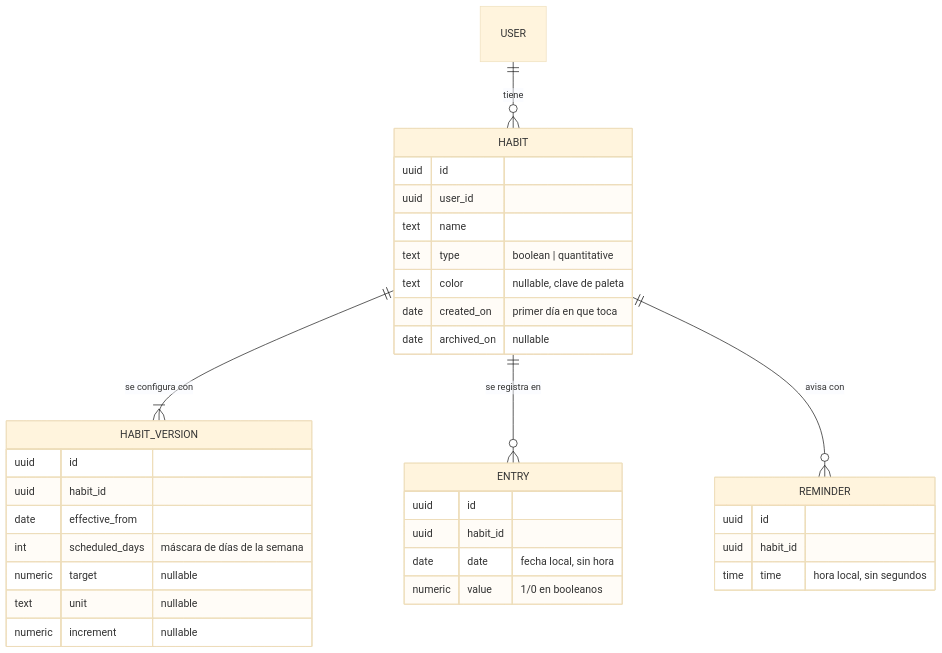
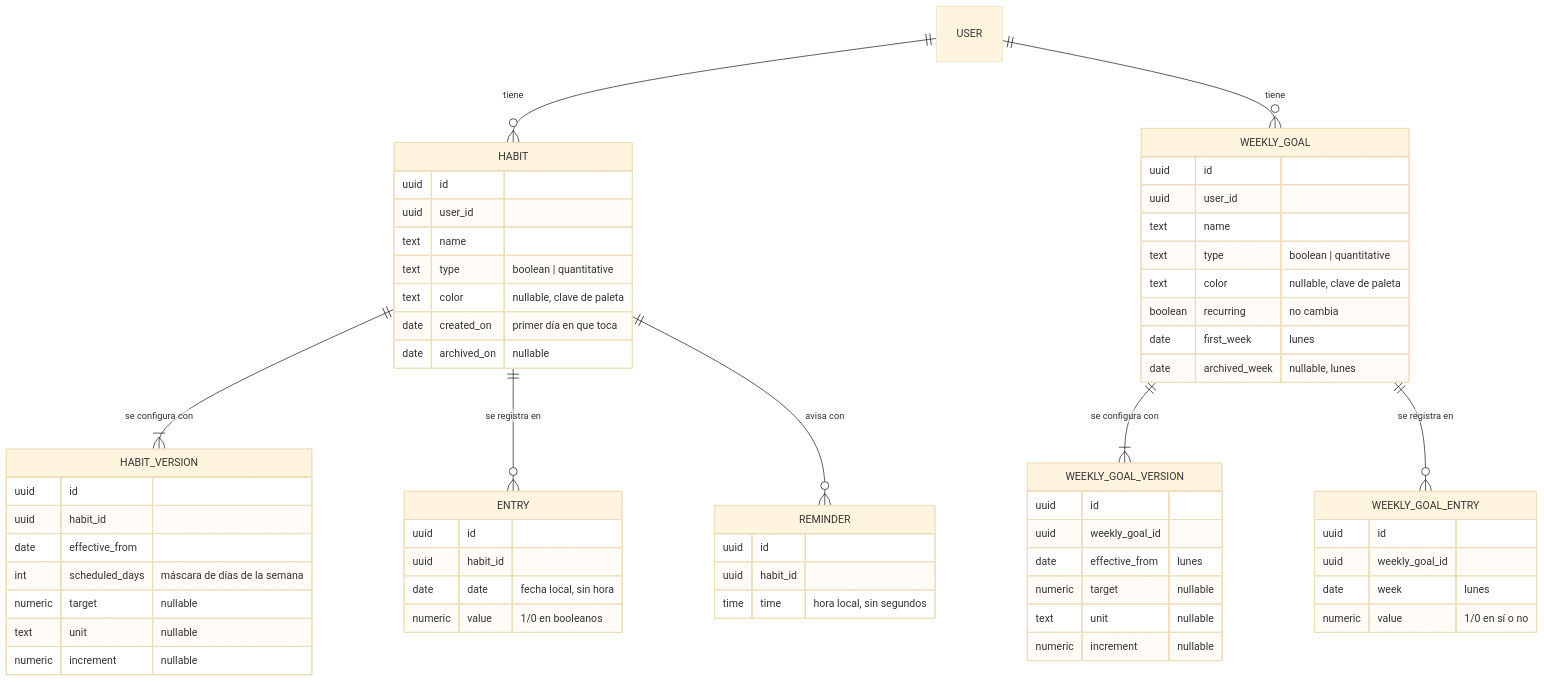
The second of 2 diagrams in docs/arquitectura.md (jota-marcar/habitos), drawn with Mermaid (base theme) before and after one commit. The commit also changed other lines of this file and 23 other files, not shown here.

````diff
--- a/docs/arquitectura.md
+++ b/docs/arquitectura.md
@@ -105,37 +105,64 @@
 ```mermaid
 erDiagram
     USER ||--o{ HABIT : tiene
     HABIT ||--|{ HABIT_VERSION : "se configura con"
     HABIT ||--o{ ENTRY : "se registra en"
     HABIT ||--o{ REMINDER : "avisa con"
+    USER ||--o{ WEEKLY_GOAL : tiene
+    WEEKLY_GOAL ||--|{ WEEKLY_GOAL_VERSION : "se configura con"
+    WEEKLY_GOAL ||--o{ WEEKLY_GOAL_ENTRY : "se registra en"
 
+    WEEKLY_GOAL {
+        uuid id
+        uuid user_id
+        text name
+        text type "boolean | quantitative"
+        text color "nullable, clave de paleta"
+        boolean recurring "no cambia"
+        date first_week "lunes"
+        date archived_week "nullable, lunes"
+    }
+    WEEKLY_GOAL_VERSION {
+        uuid id
+        uuid weekly_goal_id
+        date effective_from "lunes"
+        numeric target "nullable"
+        text unit "nullable"
+        numeric increment "nullable"
+    }
+    WEEKLY_GOAL_ENTRY {
+        uuid id
+        uuid weekly_goal_id
+        date week "lunes"
+        numeric value "1/0 en sí o no"
+    }
     HABIT {
         uuid id
         uuid user_id
         text name
         text type "boolean | quantitative"
         text color "nullable, clave de paleta"
         date created_on "primer día en que toca"
         date archived_on "nullable"
     }
     HABIT_VERSION {
         uuid id
         uuid habit_id
         date effective_from
         int scheduled_days "máscara de días de la semana"
         numeric target "nullable"
         text unit "nullable"
         numeric increment "nullable"
     }
     ENTRY {
         uuid id
         uuid habit_id
         date date "fecha local, sin hora"
         numeric value "1/0 en booleanos"
     }
     REMINDER {
         uuid id
         uuid habit_id
         time time "hora local, sin segundos"
     }
 ```
````
